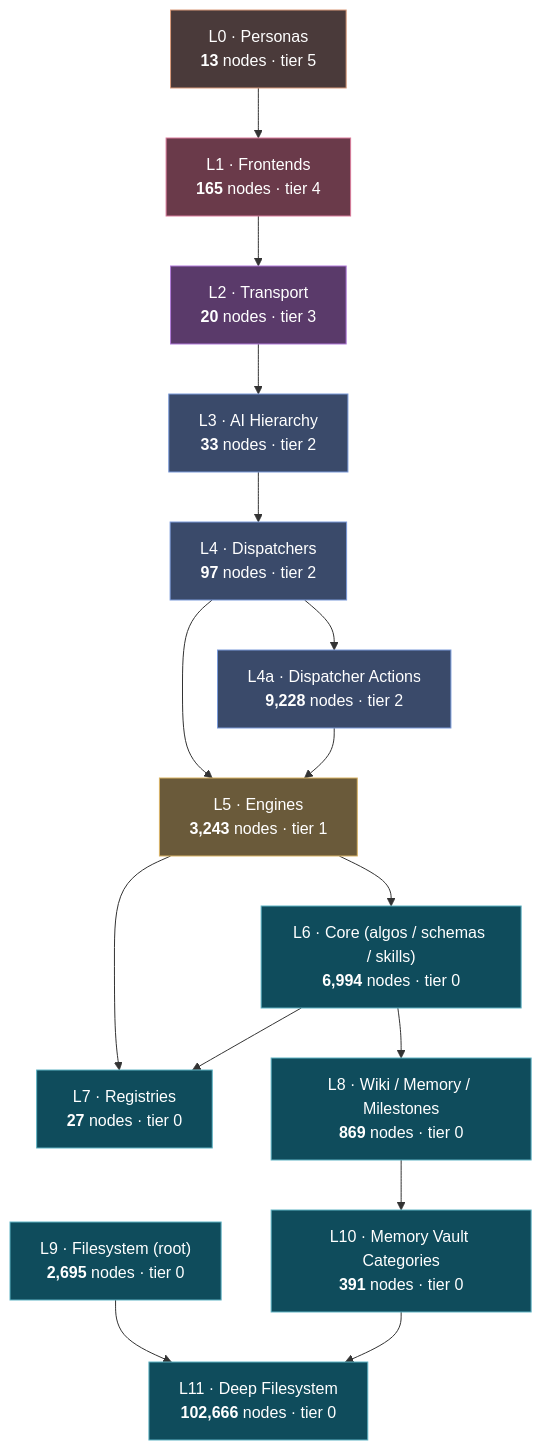
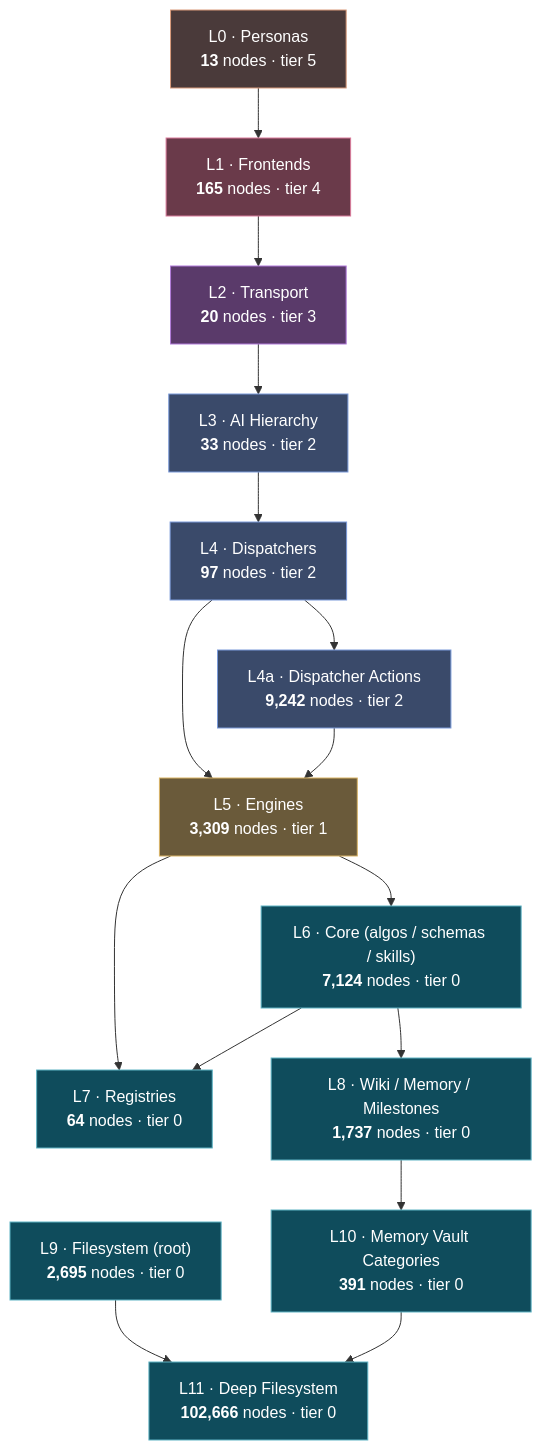
Before and after one commit to markjvillanueva3-cloud/PRISMV9: the diagram in knowledge/wiki/architecture/layer-stack-overview.md, drawn with Mermaid. The commit also changed other lines of this file and 383 other files, not shown here.

````diff
--- a/knowledge/wiki/architecture/layer-stack-overview.md
+++ b/knowledge/wiki/architecture/layer-stack-overview.md
@@ -23,42 +23,42 @@
 ```mermaid
 flowchart TD
     L0["L0 · Personas<br/><b>13</b> nodes · tier 5"]
     L1["L1 · Frontends<br/><b>165</b> nodes · tier 4"]
     L2["L2 · Transport<br/><b>20</b> nodes · tier 3"]
     L3["L3 · AI Hierarchy<br/><b>33</b> nodes · tier 2"]
     L4["L4 · Dispatchers<br/><b>97</b> nodes · tier 2"]
-    L4a["L4a · Dispatcher Actions<br/><b>9,228</b> nodes · tier 2"]
-    L5["L5 · Engines<br/><b>3,243</b> nodes · tier 1"]
-    L6["L6 · Core (algos / schemas / skills)<br/><b>6,994</b> nodes · tier 0"]
-    L7["L7 · Registries<br/><b>27</b> nodes · tier 0"]
-    L8["L8 · Wiki / Memory / Milestones<br/><b>869</b> nodes · tier 0"]
+    L4a["L4a · Dispatcher Actions<br/><b>9,242</b> nodes · tier 2"]
+    L5["L5 · Engines<br/><b>3,309</b> nodes · tier 1"]
+    L6["L6 · Core (algos / schemas / skills)<br/><b>7,124</b> nodes · tier 0"]
+    L7["L7 · Registries<br/><b>64</b> nodes · tier 0"]
+    L8["L8 · Wiki / Memory / Milestones<br/><b>1,737</b> nodes · tier 0"]
     L9["L9 · Filesystem (root)<br/><b>2,695</b> nodes · tier 0"]
     L10["L10 · Memory Vault Categories<br/><b>391</b> nodes · tier 0"]
     L11["L11 · Deep Filesystem<br/><b>102,666</b> nodes · tier 0"]
     L0 --> L1
     L1 --> L2
     L2 --> L3
     L3 --> L4
     L4 --> L4a
     L4 --> L5
     L4a --> L5
     L5 --> L6
     L5 --> L7
     L6 --> L7
     L6 --> L8
     L8 --> L10
     L9 --> L11
     L10 --> L11
     classDef tier0 fill:#0f4c5c,color:#fff,stroke:#5fb3c4
     classDef tier1 fill:#6a5a3a,color:#fff,stroke:#d9b365
     classDef tier2 fill:#3a4a6a,color:#fff,stroke:#7a9ad9
     classDef tier3 fill:#5a3a6a,color:#fff,stroke:#b07ad9
     classDef tier4 fill:#6a3a4a,color:#fff,stroke:#d97a9a
     classDef tier5 fill:#4a3a3a,color:#fff,stroke:#d99a7a
     class L6,L7,L8,L9,L10,L11 tier0
     class L5 tier1
     class L3,L4,L4a tier2
     class L2 tier3
     class L1 tier4
     class L0 tier5
 ```
````
